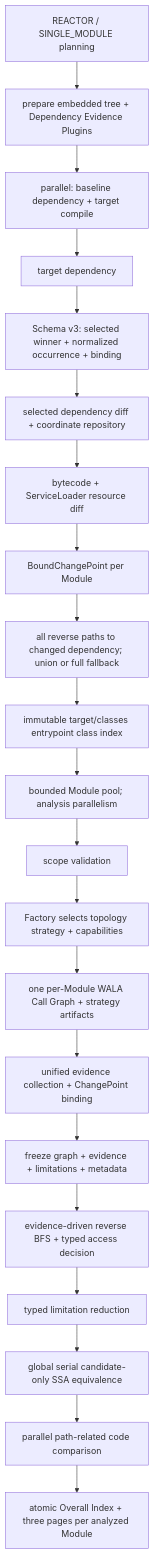
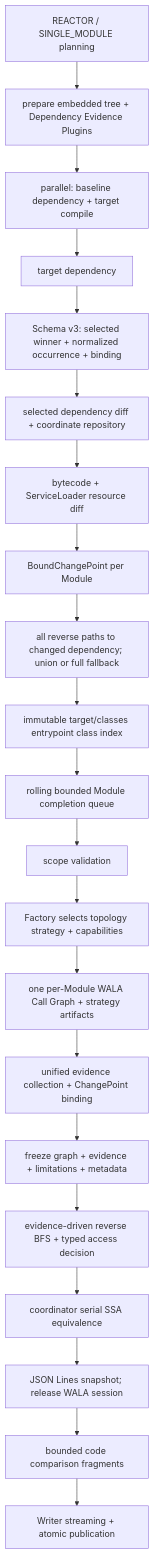
Before and after one commit to ymyii/change-impact-analyze: the diagram in wiki/architecture/dependency-analysis-pipelines.md, drawn with Mermaid. The commit also changed other lines of this file and 49 other files, not shown here.

````diff
--- a/wiki/architecture/dependency-analysis-pipelines.md
+++ b/wiki/architecture/dependency-analysis-pipelines.md
@@ -58,23 +66,23 @@
 ```mermaid
 flowchart TD
   Scope["REACTOR / SINGLE_MODULE planning"] --> Plugin["prepare embedded tree + Dependency Evidence Plugins"]
   Plugin --> Front
   Front["parallel: baseline dependency + target compile"] --> TargetDep["target dependency"]
   TargetDep --> Evidence["Schema v3: selected winner + normalized occurrence + binding"]
   Evidence --> DepDiff["selected dependency diff + coordinate repository"]
   DepDiff --> JarDiff["bytecode + ServiceLoader resource diff"]
   JarDiff --> Bind["BoundChangePoint per Module"]
   Bind --> PathPlan["all reverse paths to changed dependency; union or full fallback"]
   PathPlan --> EntrySelection["immutable target/classes entrypoint class index"]
-  EntrySelection --> ModulePool["bounded Module pool; analysis parallelism"]
+  EntrySelection --> ModulePool["rolling bounded Module completion queue"]
   ModulePool --> ScopeValidation["scope validation"]
   ScopeValidation --> Strategy["Factory selects topology strategy + capabilities"]
   Strategy --> CFA["one per-Module WALA Call Graph + strategy artifacts"]
   CFA --> Collector["unified evidence collection + ChangePoint binding"]
   Collector --> Session["freeze graph + evidence + limitations + metadata"]
   Session --> Query["evidence-driven reverse BFS + typed access decision"]
-  Query --> Coverage["typed limitation reduction"]
-  Coverage --> SSA["global serial candidate-only SSA equivalence"]
-  SSA --> Decompile["parallel path-related code comparison"]
-  Decompile --> Report["atomic Overall Index + three pages per analyzed Module"]
+  Query --> SSA["coordinator serial SSA equivalence"]
+  SSA --> Spill["JSON Lines snapshot; release WALA session"]
+  Spill --> Decompile["bounded code comparison fragments"]
+  Decompile --> Report["Writer streaming + atomic publication"]
 ```
````
